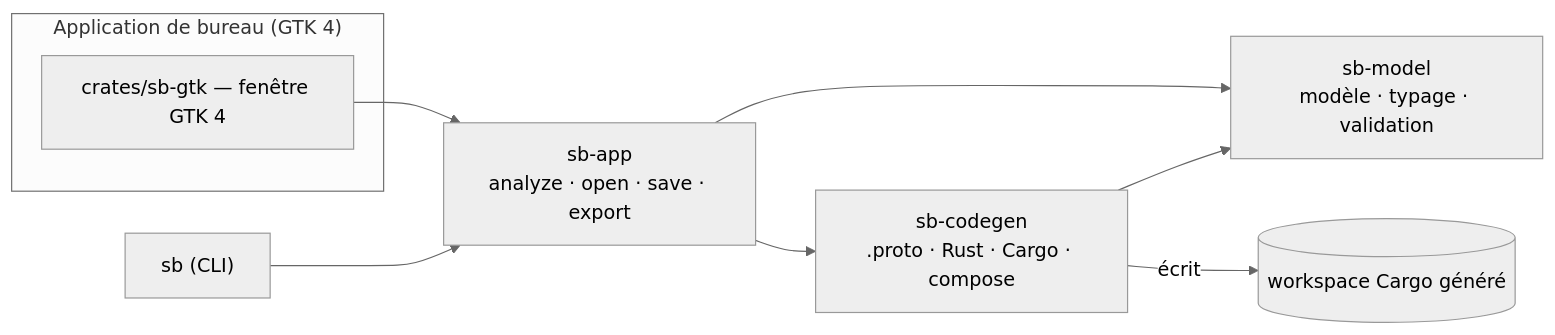
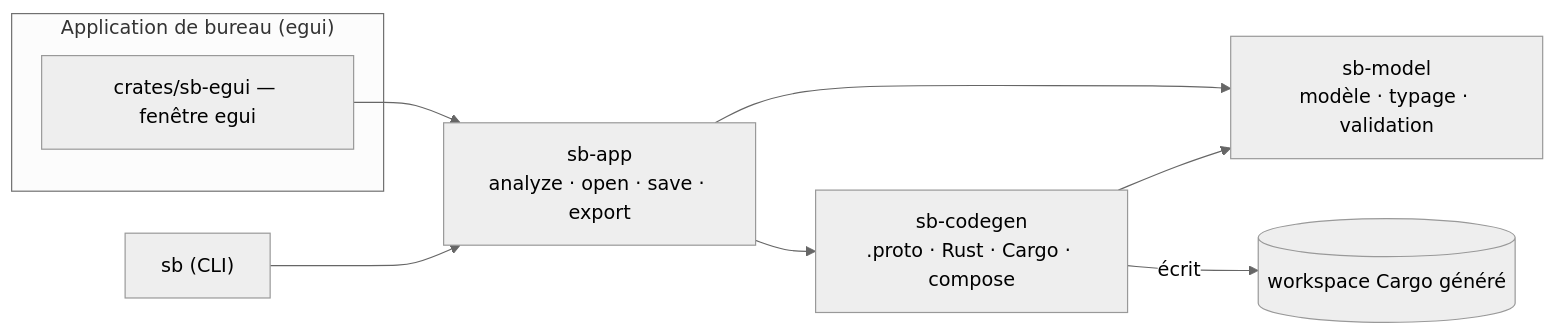
The first of 3 diagrams in docs/ARCHITECTURE.md (entcorporg/service-builder), drawn with Mermaid (neutral theme) before and after one commit. The commit also changed other lines of this file and 53 other files, not shown here.

First line of the commit message:
Replace the GTK 4 app by the egui app (package service-builder) [minor]

````diff
--- a/docs/ARCHITECTURE.md
+++ b/docs/ARCHITECTURE.md
@@ -5,12 +5,12 @@
 ```mermaid
 flowchart LR
-  subgraph app["Application de bureau (GTK 4)"]
-    UI["crates/sb-gtk — fenêtre GTK 4"]
+  subgraph app["Application de bureau (egui)"]
+    UI["crates/sb-egui — fenêtre egui"]
   end
   UI --> APP["sb-app<br/>analyze · open · save · export"]
   CLI["sb (CLI)"] --> APP
   APP --> GEN["sb-codegen<br/>.proto · Rust · Cargo · compose"]
   APP --> MODEL["sb-model<br/>modèle · typage · validation"]
   GEN --> MODEL
   GEN -- "écrit" --> OUT[("workspace Cargo généré")]
 ```
````
